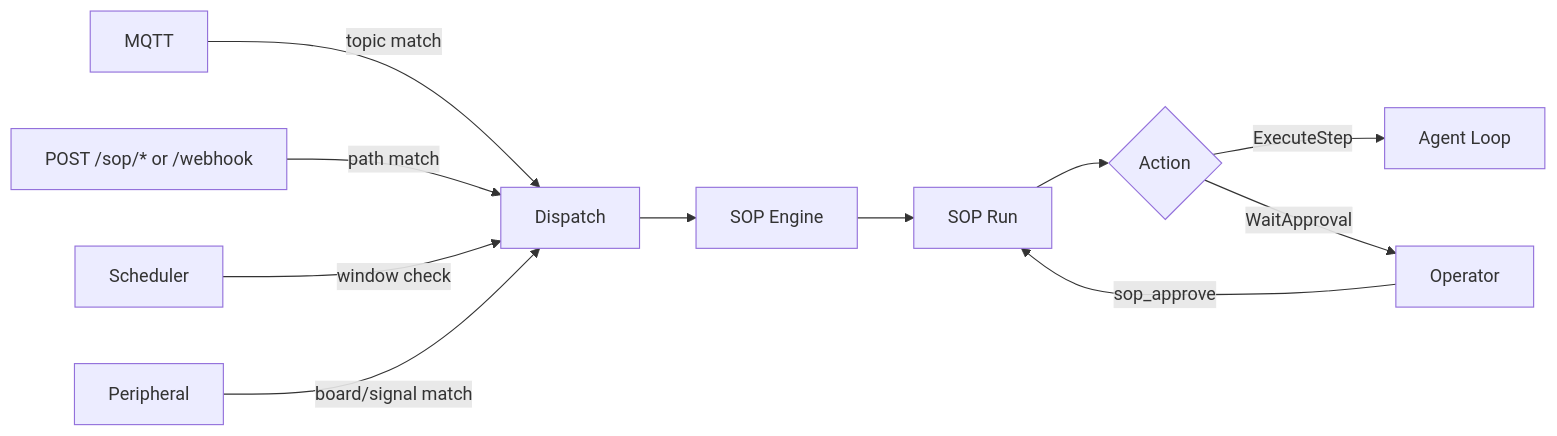
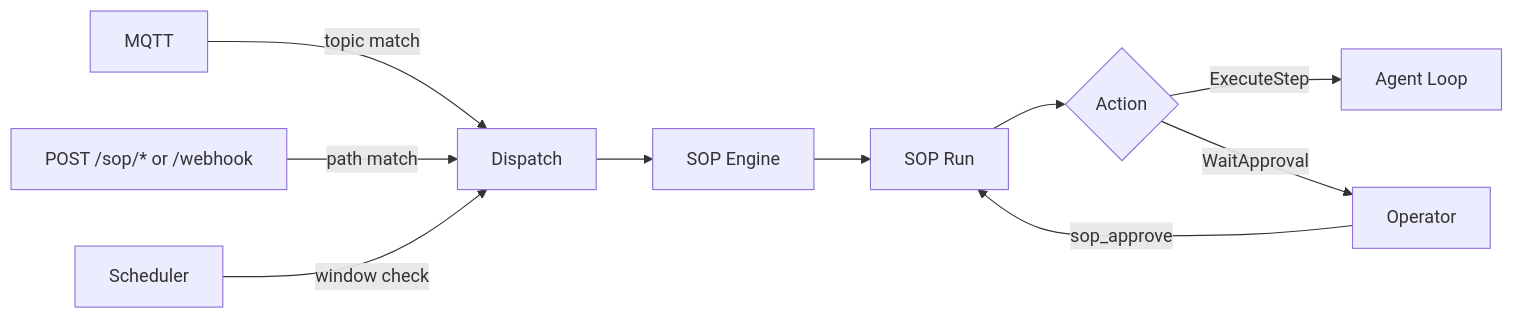
Before and after one commit to iBz-04/gloamy: the diagram in docs/sop/README.md, drawn with Mermaid. The commit also changed other lines of this file and 181 other files, not shown here.

````diff
--- a/docs/sop/README.md
+++ b/docs/sop/README.md
@@ -22,14 +22,12 @@
 ```mermaid
 graph LR
     MQTT[MQTT] -->|topic match| Dispatch
     WH[POST /sop/* or /webhook] -->|path match| Dispatch
     CRON[Scheduler] -->|window check| Dispatch
-    GPIO[Peripheral] -->|board/signal match| Dispatch
-
     Dispatch --> Engine[SOP Engine]
     Engine --> Run[SOP Run]
     Run --> Action{Action}
     Action -->|ExecuteStep| Agent[Agent Loop]
     Action -->|WaitApproval| Human[Operator]
     Human -->|sop_approve| Run
 ```
````
